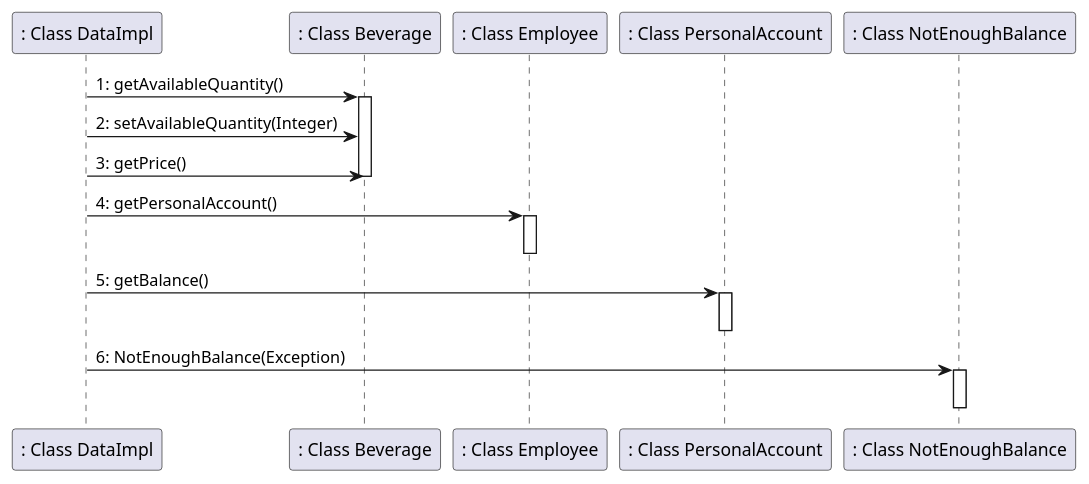
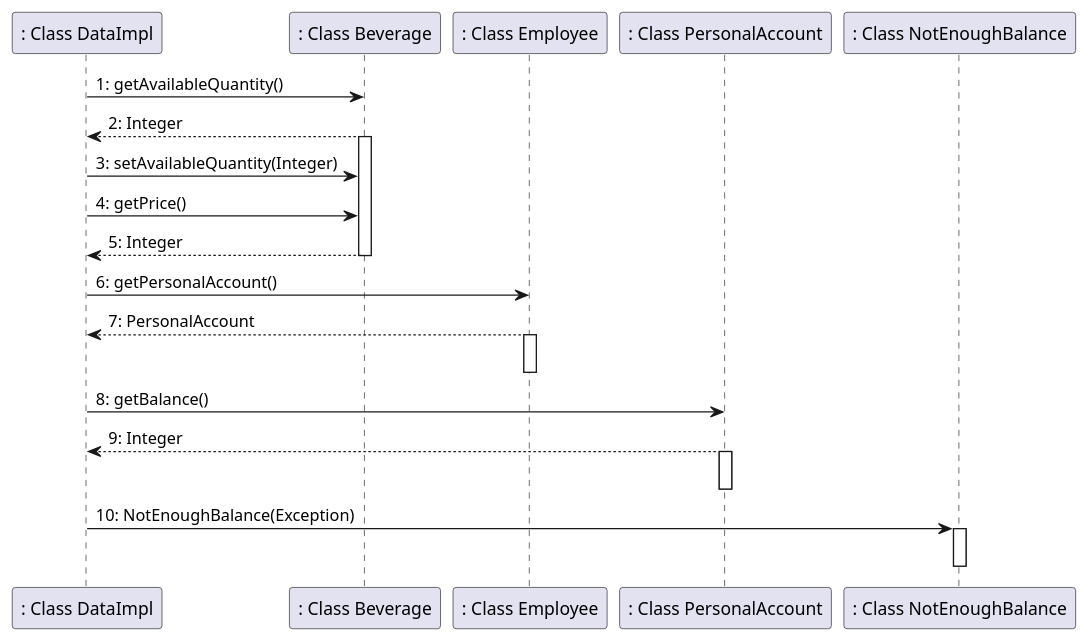
Before and after one commit to salvatore-dimartino/LaTazza: the seventh of 7 diagrams in templates/DesignDocumentTemplate.md, drawn with PlantUML. The commit also changed other lines of this file, not shown here.

````diff
--- a/templates/DesignDocumentTemplate.md
+++ b/templates/DesignDocumentTemplate.md
@@ -455,16 +459,20 @@
 ```plantuml
 ": Class DataImpl" -> ": Class Beverage": 1: getAvailableQuantity()
+": Class Beverage" --> ": Class DataImpl": 2: Integer
 activate ": Class Beverage"
-": Class DataImpl" -> ": Class Beverage": 2: setAvailableQuantity(Integer)
-": Class DataImpl" -> ": Class Beverage": 3: getPrice()
+": Class DataImpl" -> ": Class Beverage": 3: setAvailableQuantity(Integer)
+": Class DataImpl" -> ": Class Beverage": 4: getPrice()
+": Class Beverage" --> ": Class DataImpl": 5: Integer
 deactivate ": Class Beverage"
-": Class DataImpl" -> ": Class Employee": 4: getPersonalAccount()
+": Class DataImpl" -> ": Class Employee": 6: getPersonalAccount()
+": Class Employee" --> ": Class DataImpl": 7: PersonalAccount
 activate ": Class Employee"
 deactivate ": Class Employee"
-": Class DataImpl" -> ": Class PersonalAccount": 5: getBalance()
+": Class DataImpl" -> ": Class PersonalAccount": 8: getBalance()
+": Class PersonalAccount" --> ": Class DataImpl": 9: Integer
 activate ": Class PersonalAccount"
 deactivate ": Class PersonalAccount"
-": Class DataImpl" -> ": Class NotEnoughBalance": 6: NotEnoughBalance(Exception)
+": Class DataImpl" -> ": Class NotEnoughBalance": 10: NotEnoughBalance(Exception)
 activate ": Class NotEnoughBalance"
 deactivate ": Class NotEnoughBalance"
 ```
````
